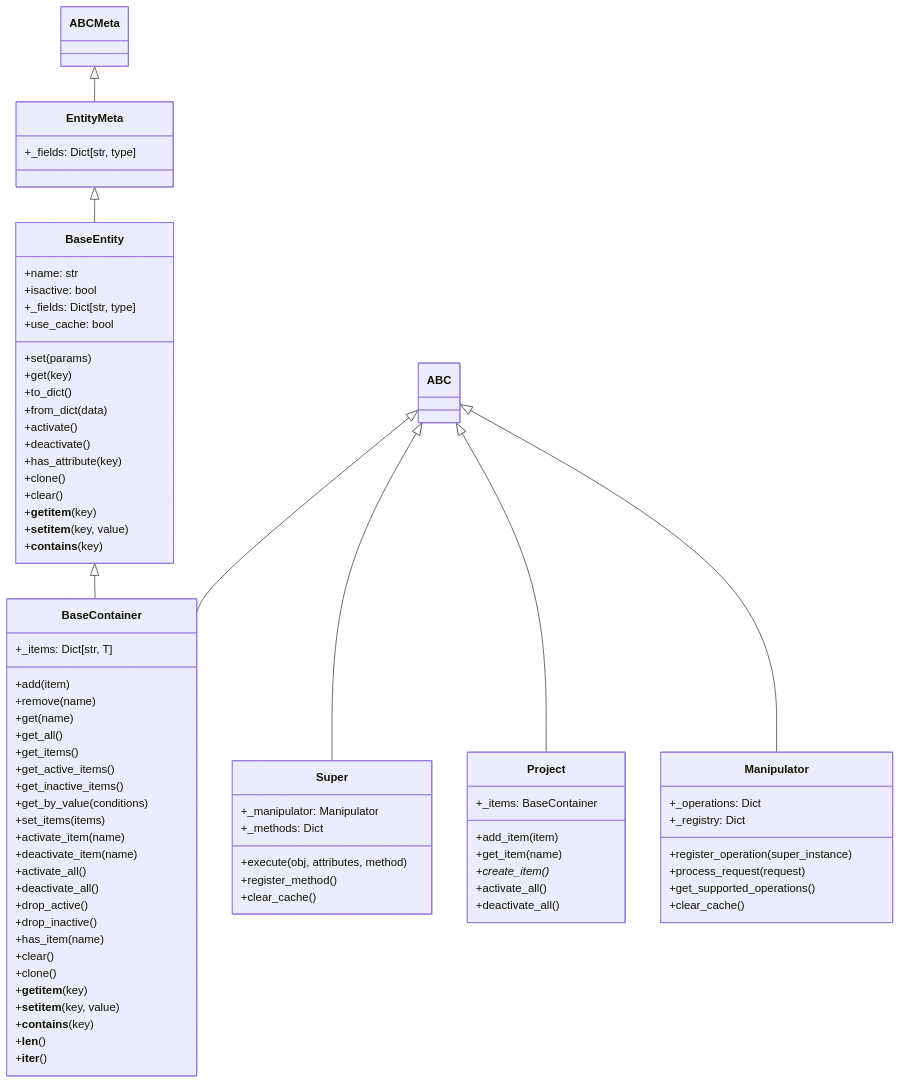
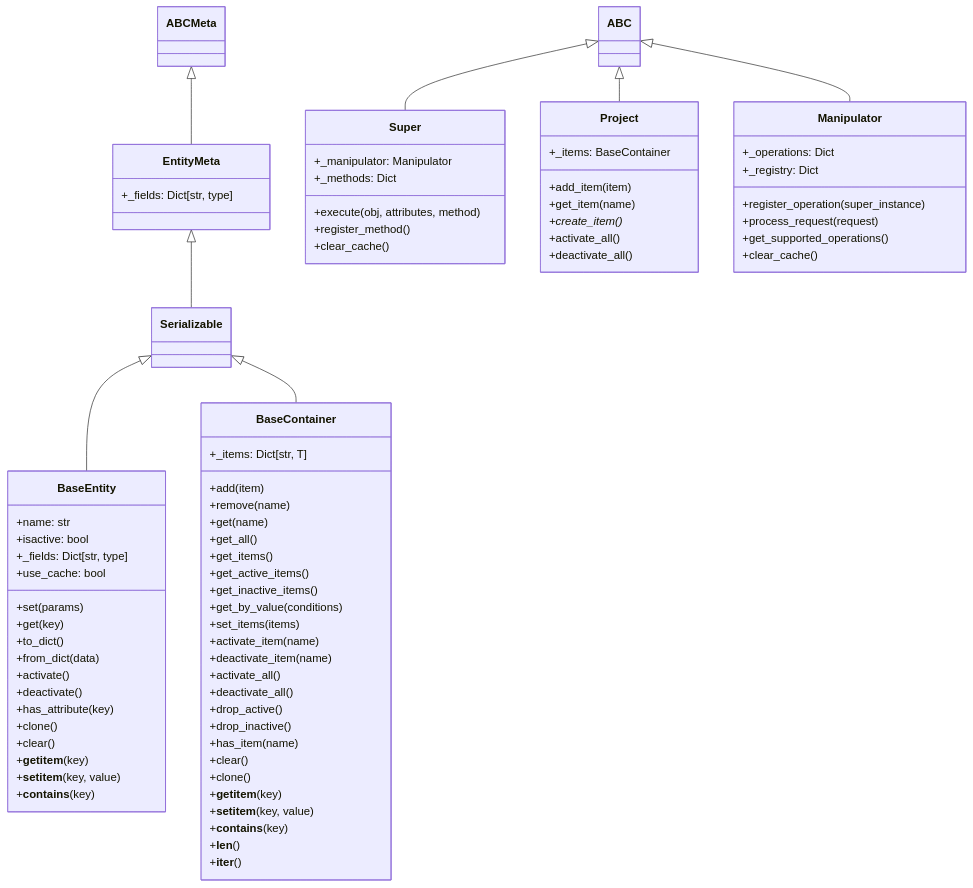
Before and after one commit to Torward1024/MSB: the first of 3 diagrams in docs/architecture.md, drawn with Mermaid. The commit also changed other lines of this file and 8 other files, not shown here.

````diff
--- a/docs/architecture.md
+++ b/docs/architecture.md
@@ -38,9 +38,9 @@
 ```mermaid
 classDiagram
      ABCMeta <|-- EntityMeta
-     EntityMeta <|-- BaseEntity
-     ABC <|-- BaseContainer
-     BaseEntity <|-- BaseContainer
+     EntityMeta <|-- Serializable
+     Serializable <|-- BaseEntity
+     Serializable <|-- BaseContainer
      ABC <|-- Super
      ABC <|-- Project
      ABC <|-- Manipulator
````
